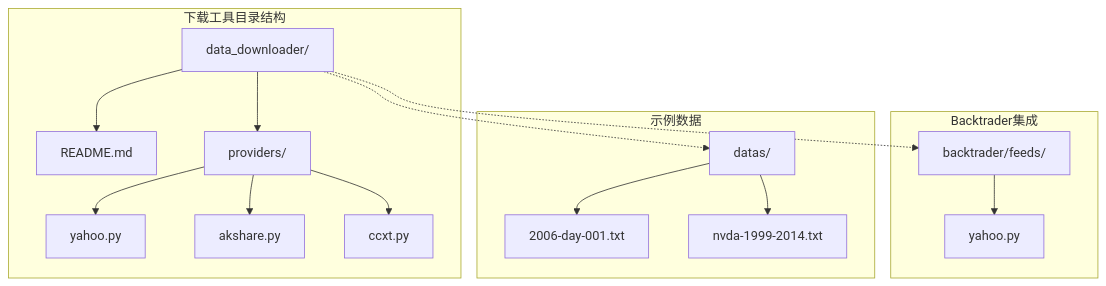
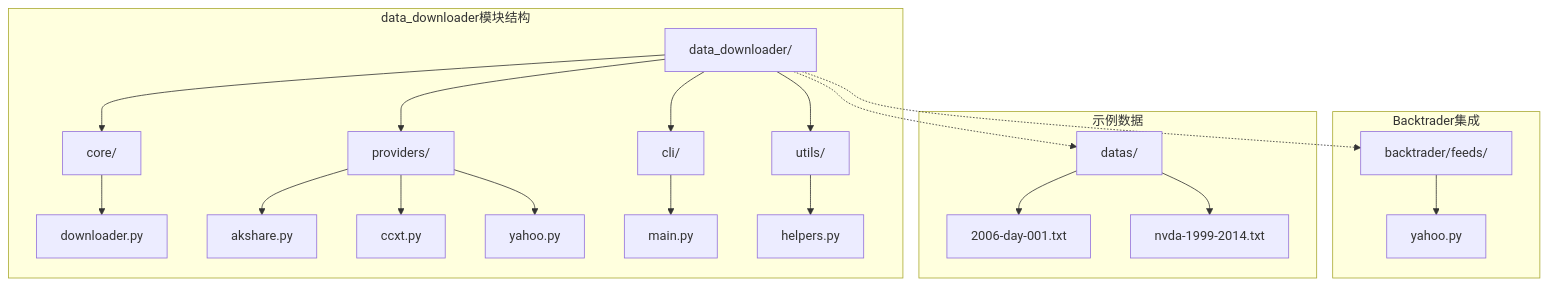
The first of 7 diagrams in .qoder/repowiki/zh/content/Download Tool.md (bench-prog/backtrader), drawn with Mermaid before and after one commit. The commit also changed other lines of this file and 23 other files, not shown here.

````diff
--- a/.qoder/repowiki/zh/content/Download Tool.md
+++ b/.qoder/repowiki/zh/content/Download Tool.md
@@ -40,22 +52,27 @@
 ```mermaid
 graph TB
-subgraph "下载工具目录结构"
-DT[data_downloader/]
-DT --> RD[README.md]
-DT --> PY[providers/]
-PY --> YAHOO[yahoo.py]
-PY --> AKSHARE[akshare.py]
-PY --> CCXT[ccxt.py]
+subgraph "data_downloader模块结构"
+DD[data_downloader/]
+DD --> CORE[core/]
+CORE --> DOWNLOADER[downloader.py]
+DD --> PROVIDERS[providers/]
+PROVIDERS --> AKSHARE[akshare.py]
+PROVIDERS --> CCXT[ccxt.py]
+PROVIDERS --> YAHOO[yahoo.py]
+DD --> CLI[cli/]
+CLI --> MAIN[main.py]
+DD --> UTILS[utils/]
+UTILS --> HELPERS[helpers.py]
 end
 subgraph "Backtrader集成"
 BT[backtrader/feeds/]
 BT --> YF[yahoo.py]
 end
 subgraph "示例数据"
 DS[datas/]
 DS --> D1[2006-day-001.txt]
 DS --> D2[nvda-1999-2014.txt]
 end
-DT -.-> BT
-DT -.-> DS
+DD -.-> BT
+DD -.-> DS
 ```
````
